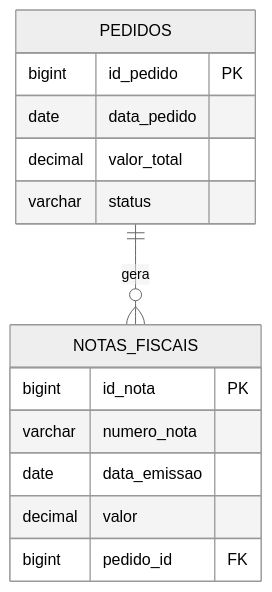
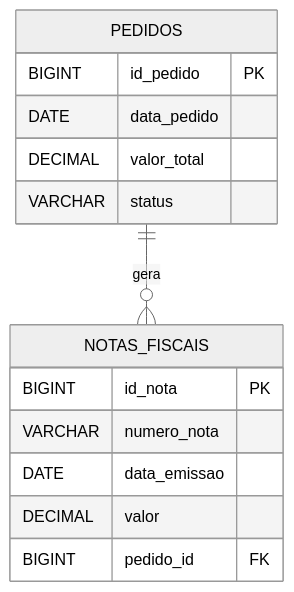
The seventh of 13 diagrams in docs/aulas/Cardinalidade_MER_Completo.md (DSM-Fatec-Jahu/BDR-DSM-2026-2), drawn with Mermaid (neutral theme) before and after one commit. The commit also changed other lines of this file and 2 other files, not shown here.

First line of the commit message:
Padroniza tipos SQL em MAIÚSCULAS nos diagramas (Regra 3)

````diff
--- a/docs/aulas/Cardinalidade_MER_Completo.md
+++ b/docs/aulas/Cardinalidade_MER_Completo.md
@@ -345,19 +345,19 @@
 ```mermaid
 erDiagram
     PEDIDOS {
-        bigint id_pedido PK
-        date data_pedido
-        decimal valor_total
-        varchar status
+        BIGINT id_pedido PK
+        DATE data_pedido
+        DECIMAL valor_total
+        VARCHAR status
     }
 
     NOTAS_FISCAIS {
-        bigint id_nota PK
-        varchar numero_nota
-        date data_emissao
-        decimal valor
-        bigint pedido_id FK
+        BIGINT id_nota PK
+        VARCHAR numero_nota
+        DATE data_emissao
+        DECIMAL valor
+        BIGINT pedido_id FK
     }
 
     PEDIDOS ||--o{ NOTAS_FISCAIS : "gera"
 ```
````
